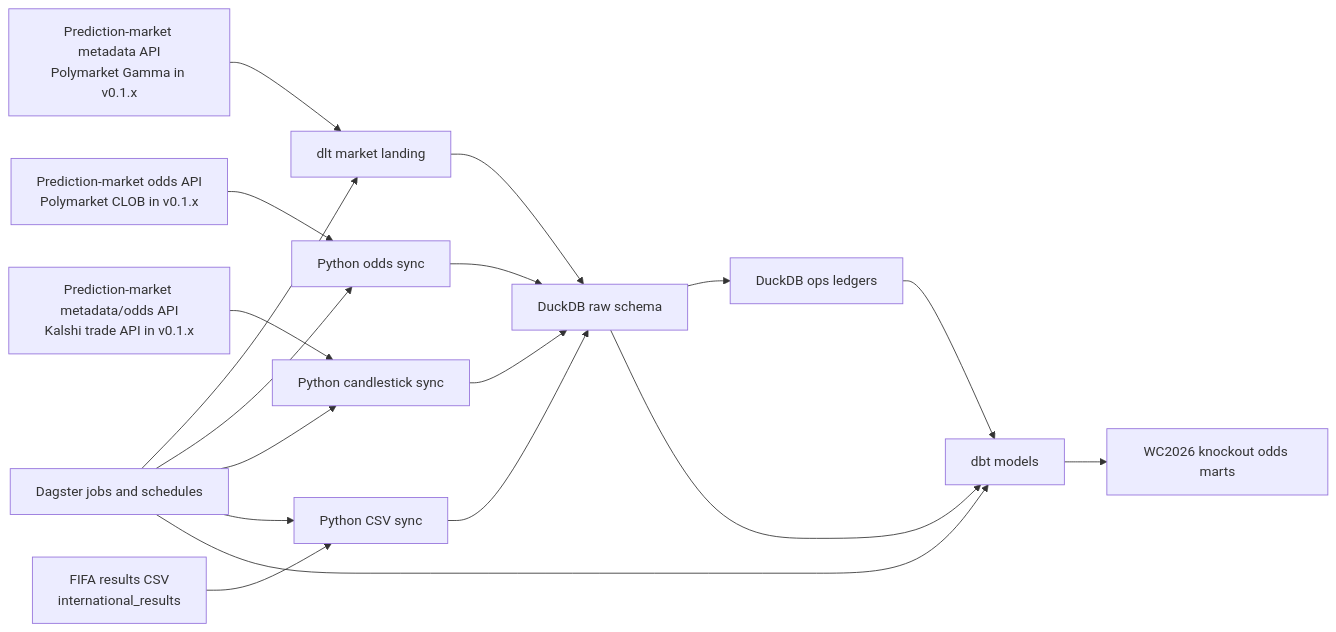
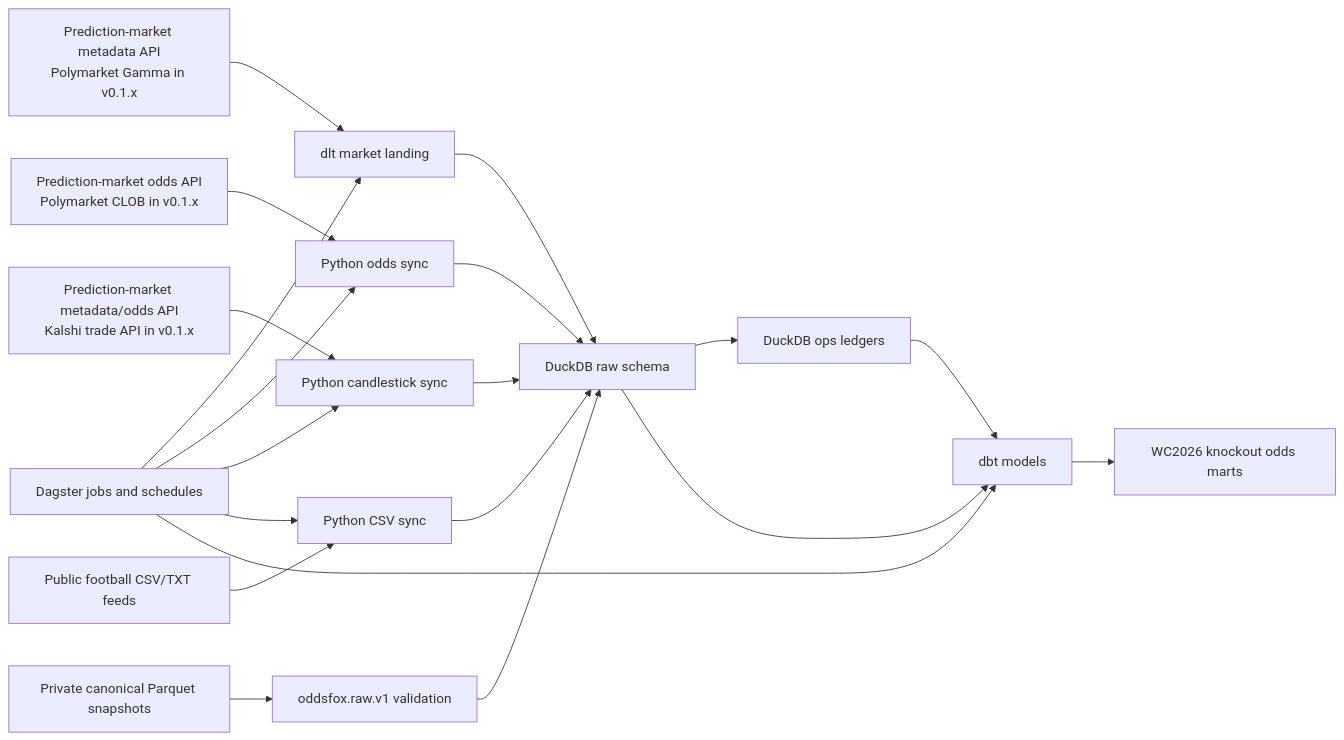
The first of 2 diagrams in docs/concepts/architecture.md (hypertrial/oddsfox-pipeline), drawn with Mermaid before and after one commit. The commit also changed other lines of this file and 54 other files, not shown here.

````diff
--- a/docs/concepts/architecture.md
+++ b/docs/concepts/architecture.md
@@ -25,20 +25,22 @@
 ```mermaid
 flowchart LR
     gamma["Prediction-market metadata API<br/>Polymarket Gamma in v0.1.x"] --> dlt["dlt market landing"]
     clob["Prediction-market odds API<br/>Polymarket CLOB in v0.1.x"] --> odds["Python odds sync"]
     kalshi_api["Prediction-market metadata/odds API<br/>Kalshi trade API in v0.1.x"] --> kalshi_sync["Python candlestick sync"]
-    results["FIFA results CSV<br/>international_results"] --> result_sync["Python CSV sync"]
+    results["Public football CSV/TXT feeds"] --> result_sync["Python CSV sync"]
+    private["Private canonical Parquet snapshots"] --> validate["oddsfox.raw.v1 validation"]
     dlt --> raw["DuckDB raw schema"]
     odds --> raw
     kalshi_sync --> raw
     result_sync --> raw
+    validate --> raw
     raw --> ops["DuckDB ops ledgers"]
     raw --> dbt["dbt models"]
     ops --> dbt
     dbt --> marts["WC2026 knockout odds marts"]
     dagster["Dagster jobs and schedules"] --> dlt
     dagster --> odds
     dagster --> kalshi_sync
     dagster --> result_sync
     dagster --> dbt
 ```
````
